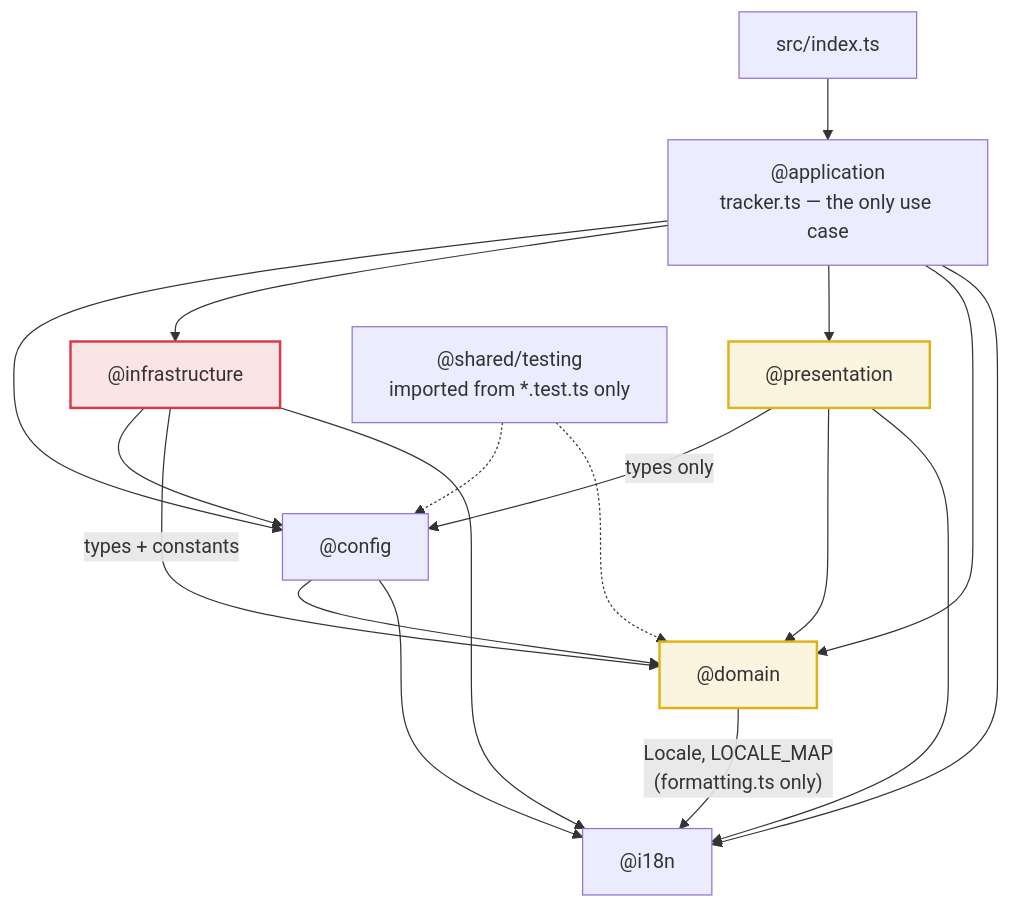
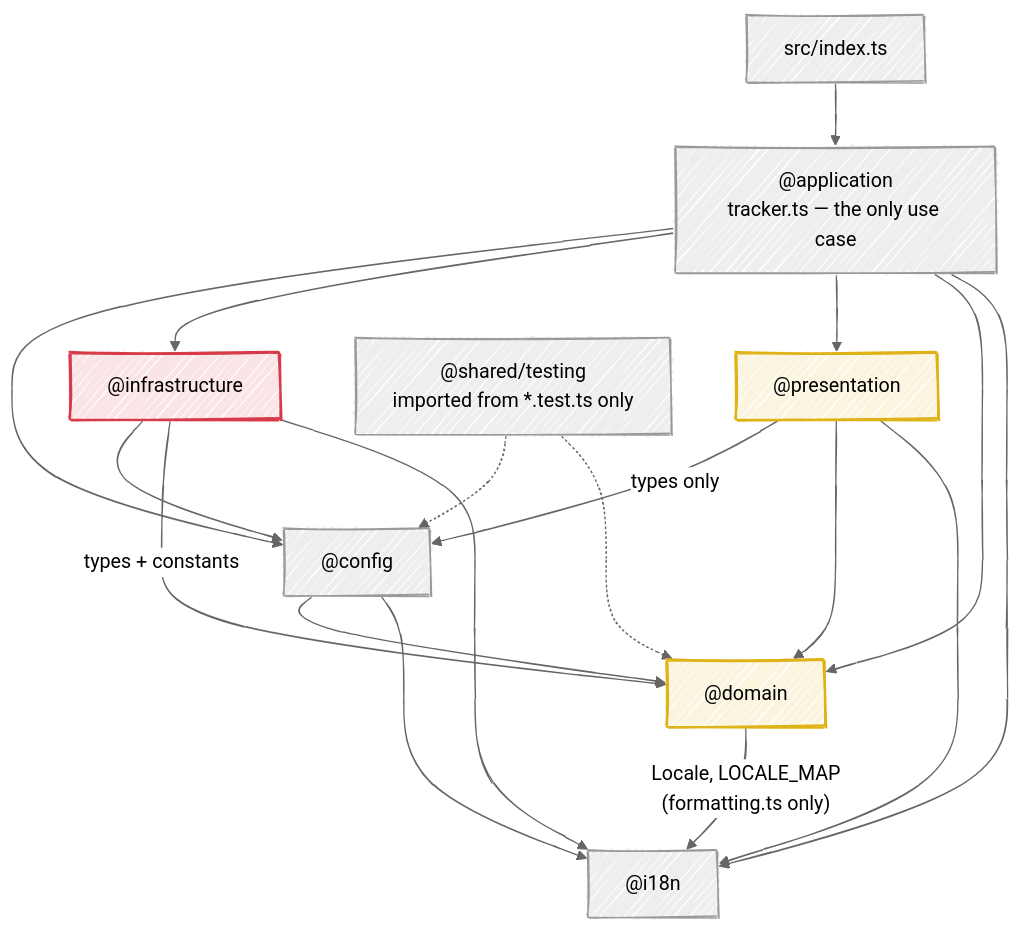
The diagram in ARCHITECTURE.md (fbuireu/github-star-tracker), drawn with Mermaid before and after one commit.

Commit message:
docs: draw the layer map in the hand-drawn style the other diagrams use

````diff
--- a/ARCHITECTURE.md
+++ b/ARCHITECTURE.md
@@ -15,28 +15,33 @@
 ```mermaid
+---
+config:
+  look: handDrawn
+  theme: neutral
+---
 flowchart TD
     idx["src/index.ts"] --> app["@application<br/>tracker.ts — the only use case"]
 
     app --> cfg["@config"]
     app --> infra["@infrastructure"]
     app --> pres["@presentation"]
     app --> dom["@domain"]
     app --> i18n["@i18n"]
 
     cfg --> dom
     cfg --> i18n
     pres -->|types only| cfg
     pres --> dom
     pres --> i18n
     infra --> cfg
     infra -->|types + constants| dom
     infra --> i18n
     dom -->|"Locale, LOCALE_MAP<br/>(formatting.ts only)"| i18n
 
     test["@shared/testing<br/>imported from *.test.ts only"] -.-> cfg
     test -.-> dom
 
     classDef pure fill:#dfb31722,stroke:#dfb317,stroke-width:2px
     classDef io fill:#d73a4922,stroke:#d73a49,stroke-width:2px
     class dom,pres pure
     class infra io
 ```
````
